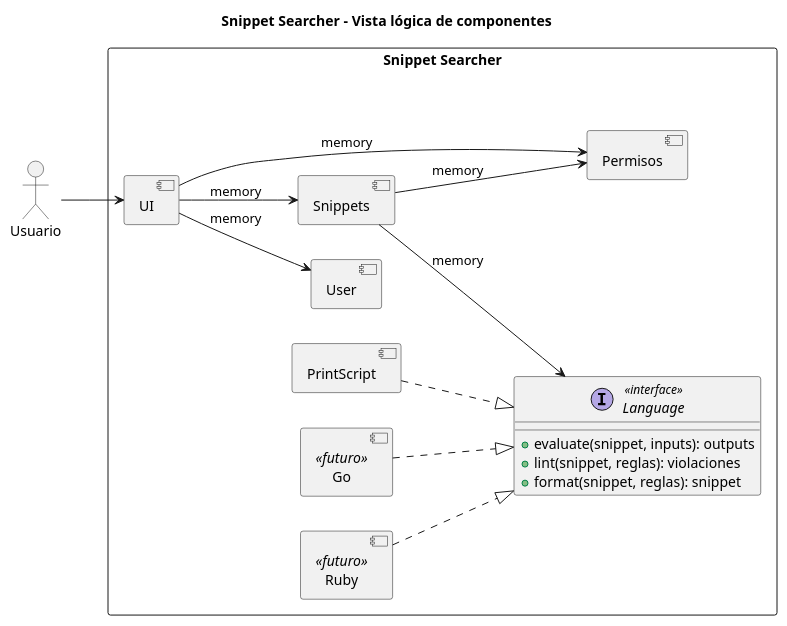
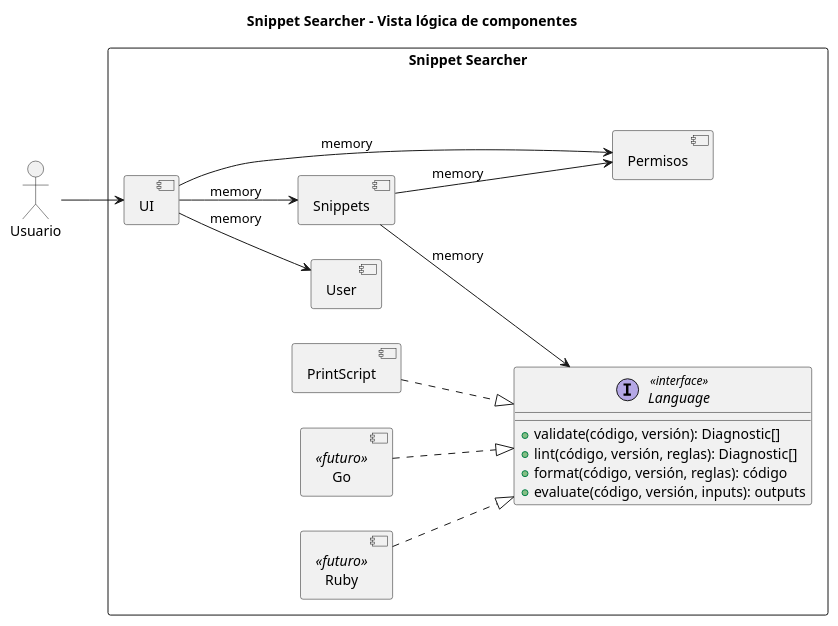
Before and after one commit to MartinaCousido/SnippetSearcher: the diagram in docs/diagramas/componentes-logico.puml, drawn with PlantUML. The commit also changed 4 other files, not shown here.

```diff
--- a/docs/diagramas/componentes-logico.puml
+++ b/docs/diagramas/componentes-logico.puml
@@ -1,43 +1,44 @@
 @startuml componentes-logico
 ' Vista lógica: módulos del sistema y sus dependencias.
 ' Las conexiones "memory" indican llamadas en memoria (diseño lógico,
 ' independiente de cómo se despliegue cada módulo).
 
 title Snippet Searcher - Vista lógica de componentes
 allowmixing
 skinparam componentStyle uml2
 left to right direction
 
 actor Usuario
 
 rectangle "Snippet Searcher" {
   component UI
   component User
   component Snippets
   component Permisos
 
   interface Language <<interface>> {
-    + evaluate(snippet, inputs): outputs
-    + lint(snippet, reglas): violaciones
-    + format(snippet, reglas): snippet
+    + validate(código, versión): Diagnostic[]
+    + lint(código, versión, reglas): Diagnostic[]
+    + format(código, versión, reglas): código
+    + evaluate(código, versión, inputs): outputs
   }
 
   component PrintScript
   component "Go" as Go <<futuro>>
   component "Ruby" as Ruby <<futuro>>
 }
 
 Usuario --> UI
 
 UI --> User : memory
 UI --> Snippets : memory
 UI --> Permisos : memory
 
 Snippets --> Permisos : memory
 Snippets --> Language : memory
 
 PrintScript ..|> Language
 Go ..|> Language
 Ruby ..|> Language
 
 @enduml
```
